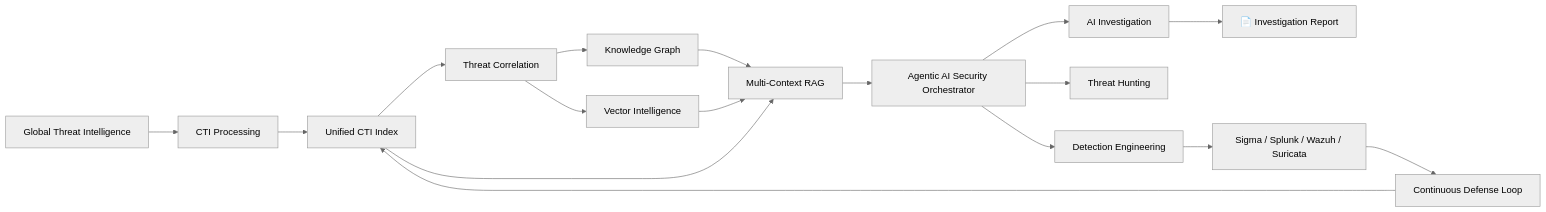
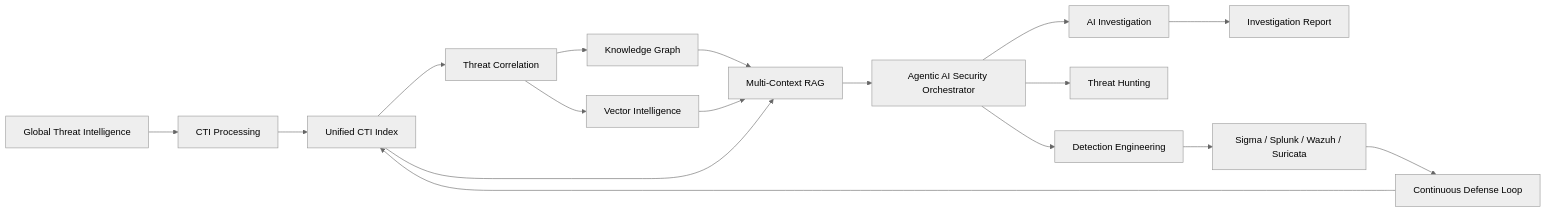
Before and after one commit to aminemaouhoub1312/ShadowScope-AM: the first of 11 diagrams in README.md, drawn with Mermaid (neutral theme). The commit also changed other lines of this file, not shown here.

````diff
--- a/README.md
+++ b/README.md
@@ -101,26 +101,26 @@
 ```mermaid
 flowchart LR
 
     A[" Global Threat Intelligence"] --> B[" CTI Processing"]
     B --> C[" Unified CTI Index"]
     C --> D[" Threat Correlation"]
 
     D --> E[" Knowledge Graph"]
     D --> F[" Vector Intelligence"]
 
     E --> G[" Multi-Context RAG"]
     F --> G
     C --> G
 
     G --> H[" Agentic AI Security Orchestrator"]
 
     H --> I[" AI Investigation"]
     H --> J[" Threat Hunting"]
     H --> K[" Detection Engineering"]
 
-    I --> L["📄 Investigation Report"]
+    I --> L[" Investigation Report"]
     K --> M["Sigma / Splunk / Wazuh / Suricata"]
 
     M --> N[" Continuous Defense Loop"]
     N --> C
 ```
````
